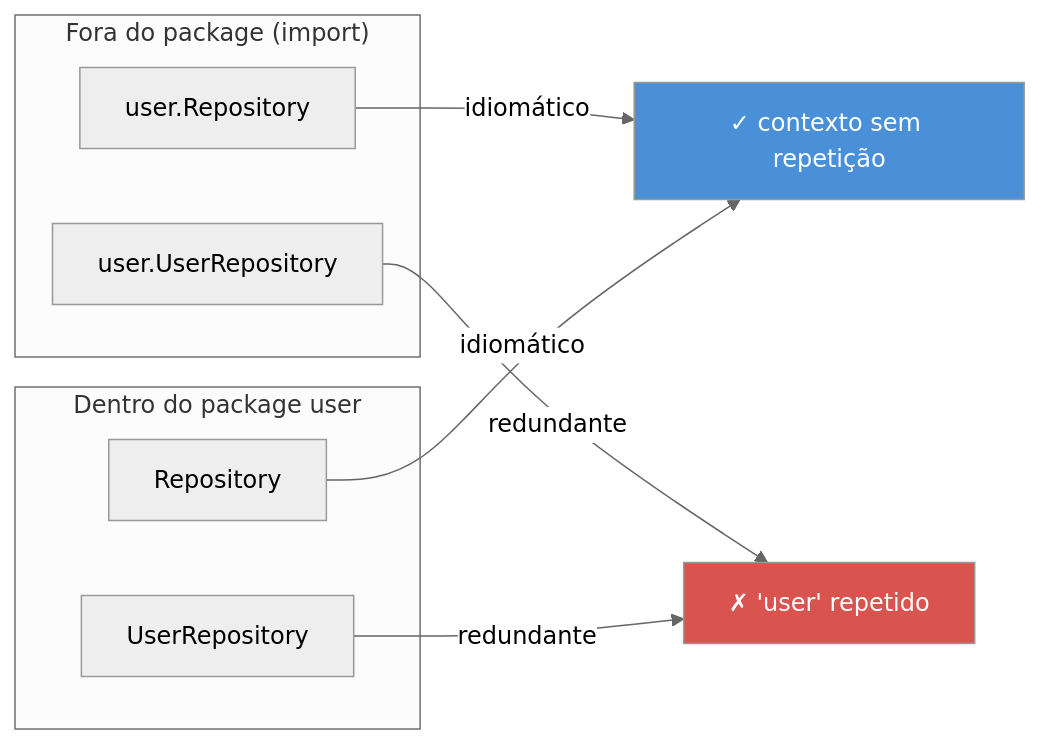
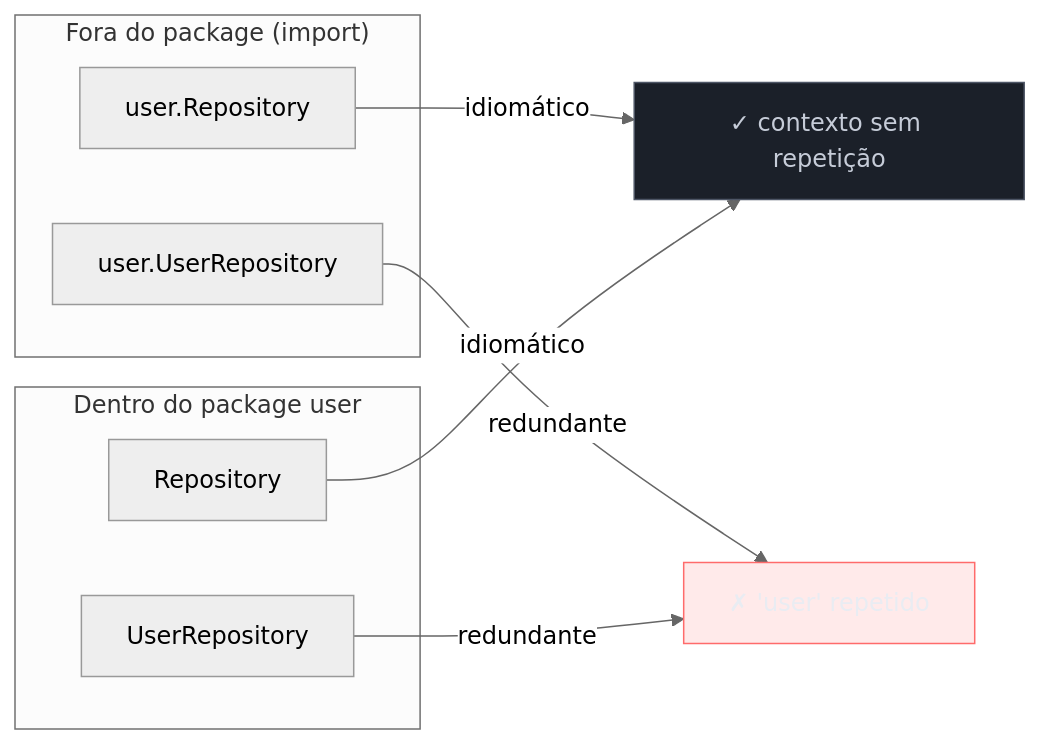
Before and after one commit to josenaldo/codex-technomanticus: the first of 2 diagrams in 03-Dominios/Tecnologia/Go/20 - Go idiomático/02 - Naming e organização.md, drawn with Mermaid (neutral theme). The commit also changed other lines of this file and 1181 other files, not shown here.

First line of the commit message:
fix(diagramas): paleta do sistema no lugar de cor cravada no markdown

````diff
--- a/03-Dominios/Tecnologia/Go/20 - Go idiomático/02 - Naming e organização.md
+++ b/03-Dominios/Tecnologia/Go/20 - Go idiomático/02 - Naming e organização.md
@@ -51,19 +51,21 @@
 ```mermaid
 flowchart LR
+    classDef neutro fill:#1B2029,stroke:#4E5666,color:#C6CCD8
+    classDef falha fill:#FF6B6B24,stroke:#FF6B6B,color:#E9ECF2
     subgraph Fora["Fora do package (import)"]
         A["user.Repository"]
         B["user.UserRepository"]
     end
     subgraph Dentro["Dentro do package user"]
         C["Repository"]
         D["UserRepository"]
     end
 
     A -->|idiomático| OK["✓ contexto sem repetição"]
     B -->|redundante| BAD["✗ 'user' repetido"]
     C -->|idiomático| OK
     D -->|redundante| BAD
 
-    style OK fill:#4A90D9,color:#fff
-    style BAD fill:#D9534F,color:#fff
+    class OK neutro
+    class BAD falha
 ```
````
